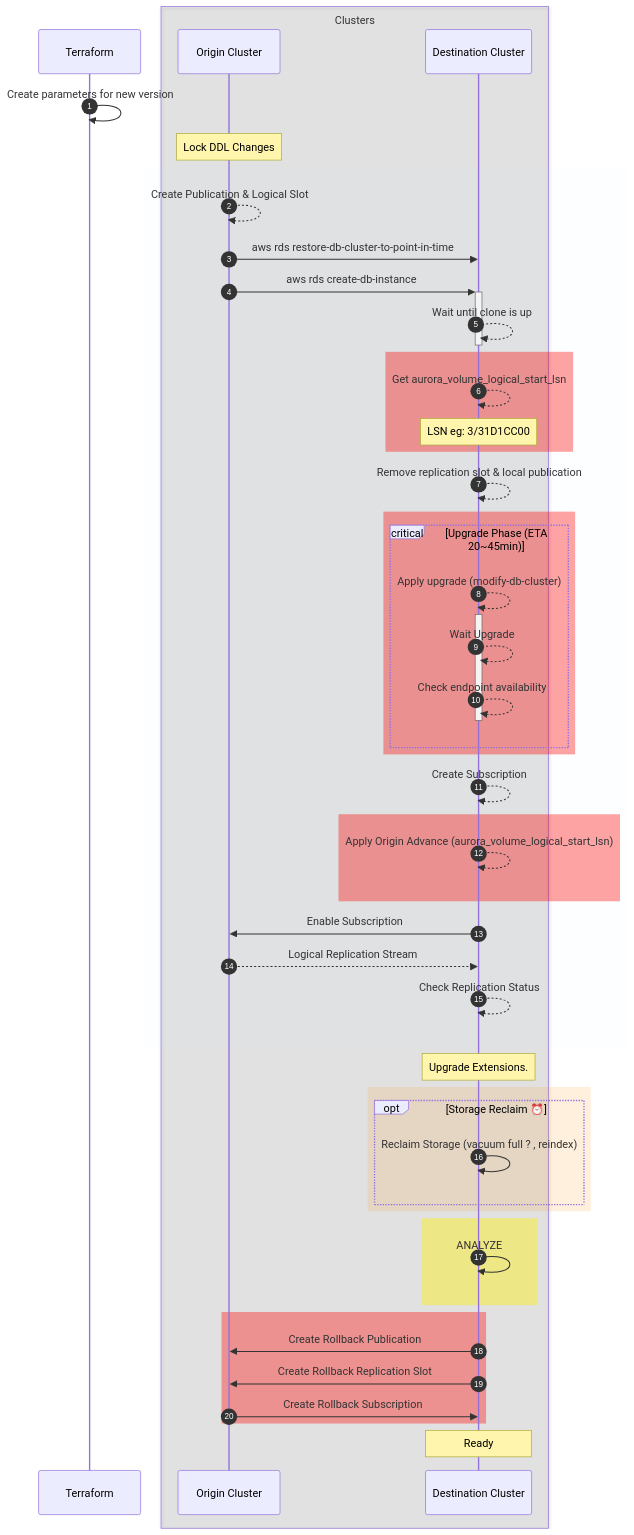
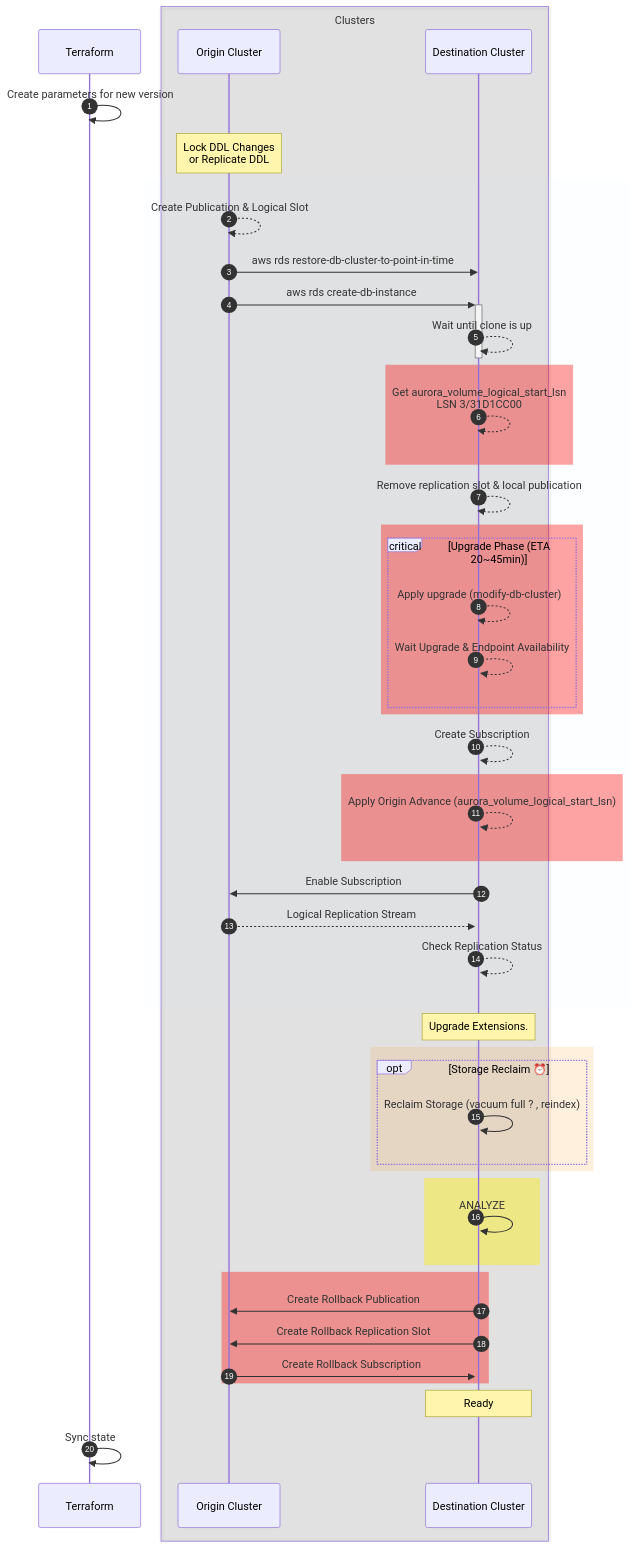
One commit to 3manuek/slides changed the first of 2 diagrams in 2025/Nerdearla.es/charts/postgres-upgrades.md. Above: the diagram before and after it, drawn with Mermaid. The commit also changed other lines of this file and 11 other files, not shown here.

````diff
--- a/2025/Nerdearla.es/charts/postgres-upgrades.md
+++ b/2025/Nerdearla.es/charts/postgres-upgrades.md
@@ -5,71 +5,70 @@
 ```mermaid
 sequenceDiagram
     autonumber
     participant Terraform as Terraform
     box rgba(100, 100, 100, 0.14) Clusters
         participant Origin as Origin Cluster
         participant Destination as Destination Cluster
     end
     Terraform->>Terraform: Create parameters for new version
     
-    Note over Origin: Lock DDL Changes
+    Note over Origin: Lock DDL Changes <br/> or Replicate DDL
 
     rect rgba(145, 216, 238, 0.03)
     Origin-->>Origin: Create Publication & Logical Slot
 
 
     Origin->>Destination: aws rds restore-db-cluster-to-point-in-time
     Origin->>+Destination: aws rds create-db-instance
 
 
     Destination-->>-Destination: Wait until clone is up
 
     rect rgba(255, 2, 2, 0.36)
-        Destination-->>Destination: Get aurora_volume_logical_start_lsn
-        Note over Destination: LSN eg: 3/31D1CC00
+        Destination-->>Destination: Get aurora_volume_logical_start_lsn <br/> LSN 3/31D1CC00
     end
 
     Destination-->>Destination: Remove replication slot & local publication
 
 
     rect rgba(255, 2, 2, 0.36)
     critical Upgrade Phase (ETA 20~45min)
         Destination-->>+Destination: Apply upgrade  (modify-db-cluster) 
-        Destination-->>Destination: Wait Upgrade
-        Destination-->>-Destination: Check endpoint availability
+        Destination-->>Destination: Wait Upgrade & Endpoint Availability
     end
     end
 
     
     Destination-->>Destination: Create Subscription
 
     rect rgba(255, 2, 2, 0.36)
         Destination-->>Destination: Apply Origin Advance (aurora_volume_logical_start_lsn)
     end
 
     Destination->>Origin: Enable Subscription
     Origin-->>Destination: Logical Replication Stream
     Destination-->>Destination: Check Replication Status
 
     end
 
     Note over Destination: Upgrade Extensions.
 
     rect rgba(255, 136, 0, 0.13)
         opt Storage Reclaim ⏰
            Destination->>Destination: Reclaim Storage (vacuum full ? , reindex)
         end
     end
     
     rect rgba(255, 238, 2, 0.41)
         Destination->>Destination: ANALYZE 
     end
 
     rect rgba(255, 2, 2, 0.36)
         Destination->>Origin: Create Rollback Publication 
         Destination->>Origin: Create Rollback Replication Slot 
         Origin->>Destination: Create Rollback Subscription
     end 
 
     Note over Destination: Ready
+    Terraform->>Terraform: Sync state
 ```
````
